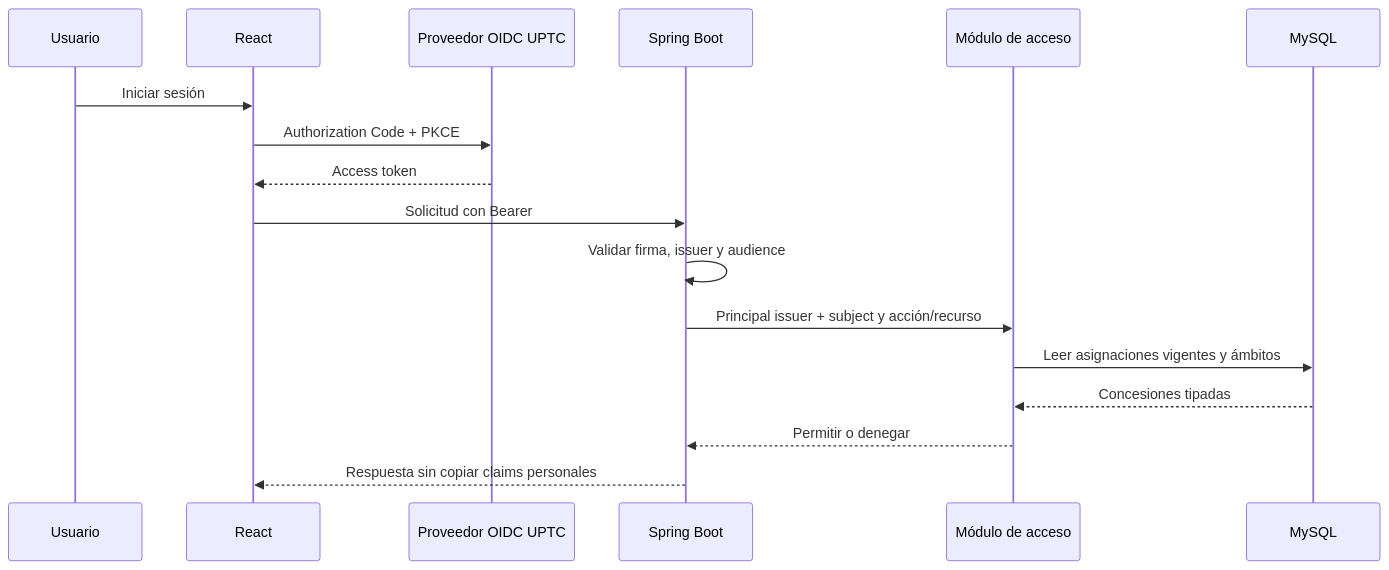
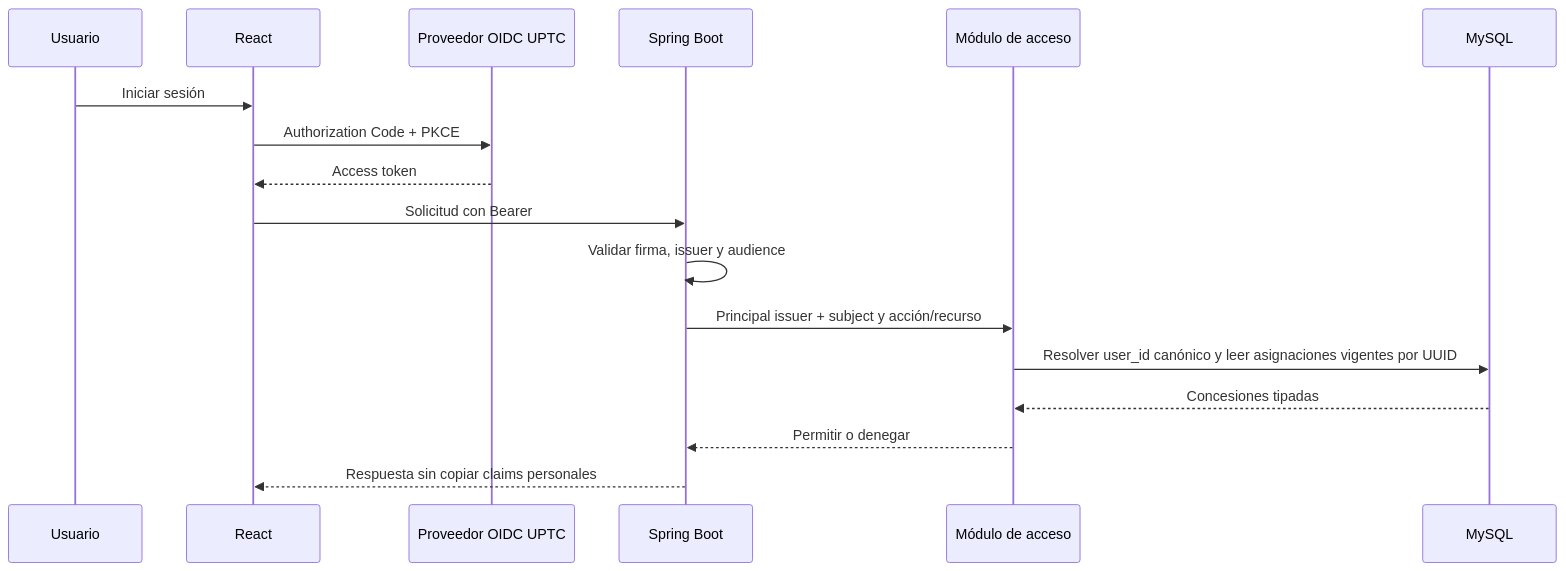
Before and after one commit to jdsalasca/open-university-backend: the second of 3 diagrams in docs/superpowers/specs/2026-10-01-identity-and-scoped-access-proposal.md, drawn with Mermaid. The commit also changed other lines of this file and 37 other files, not shown here.

````diff
--- a/docs/superpowers/specs/2026-10-01-identity-and-scoped-access-proposal.md
+++ b/docs/superpowers/specs/2026-10-01-identity-and-scoped-access-proposal.md
@@ -127,19 +140,19 @@
 ```mermaid
 sequenceDiagram
   participant U as Usuario
   participant UI as React
   participant IDP as Proveedor OIDC UPTC
   participant API as Spring Boot
   participant AUTH as Módulo de acceso
   participant DB as MySQL
   U->>UI: Iniciar sesión
   UI->>IDP: Authorization Code + PKCE
   IDP-->>UI: Access token
   UI->>API: Solicitud con Bearer
   API->>API: Validar firma, issuer y audience
   API->>AUTH: Principal issuer + subject y acción/recurso
-  AUTH->>DB: Leer asignaciones vigentes y ámbitos
+  AUTH->>DB: Resolver user_id canónico y leer asignaciones vigentes por UUID
   DB-->>AUTH: Concesiones tipadas
   AUTH-->>API: Permitir o denegar
   API-->>UI: Respuesta sin copiar claims personales
 ```
````
